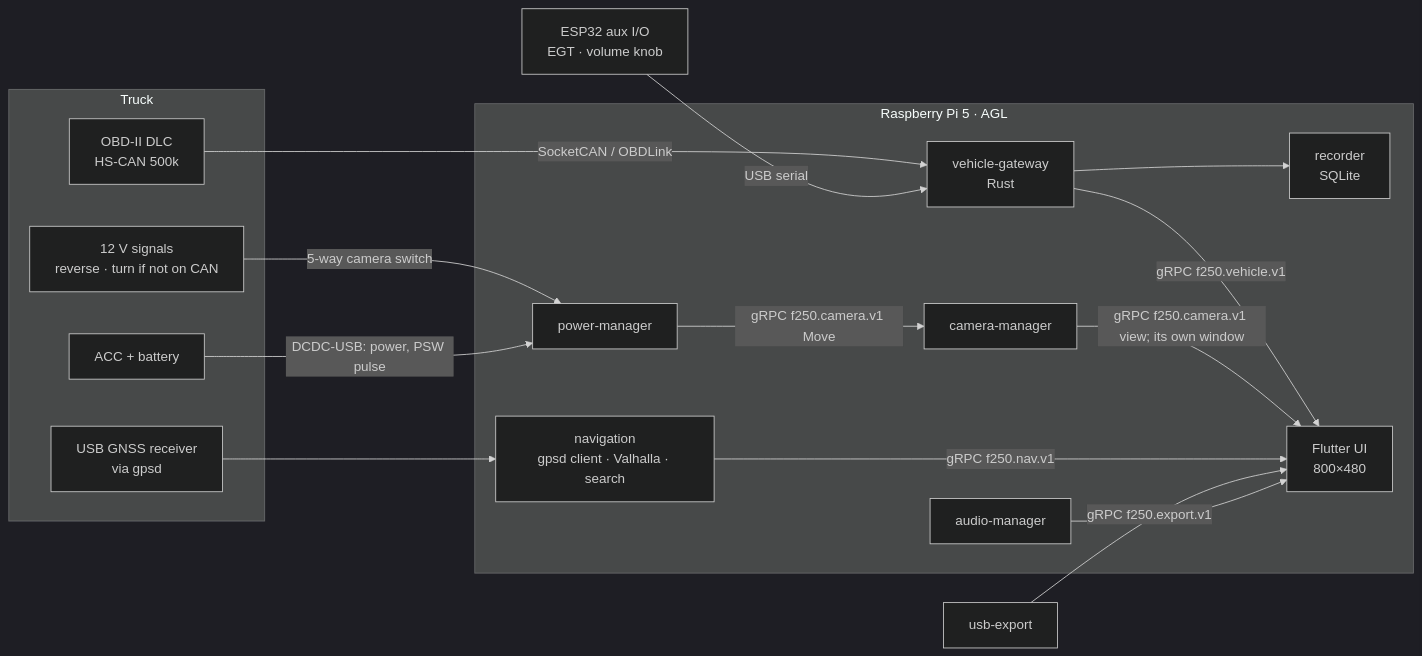
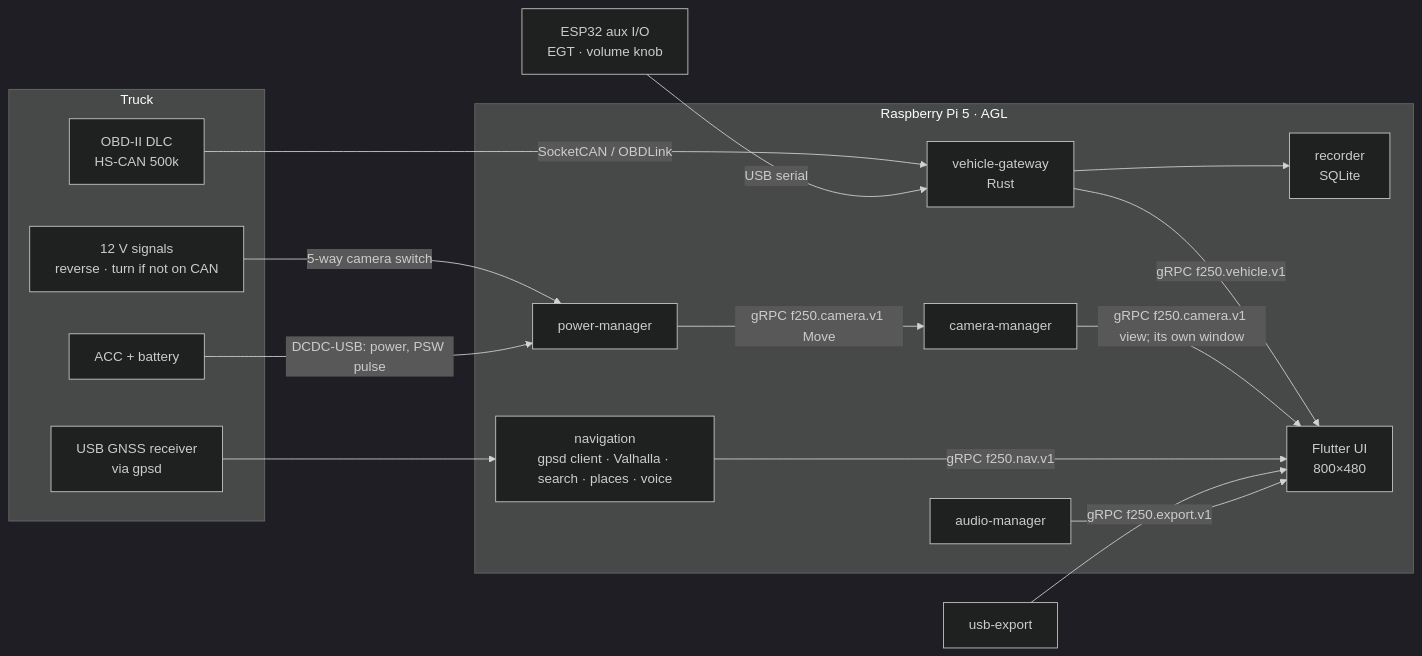
One commit to darickc/TruckDashboard changed the diagram in README.md. Above: the diagram before and after it, drawn with Mermaid (dark theme). The commit also changed other lines of this file and 7 other files, not shown here.

Commit message:
docs: ADR-0040 saved places and spoken directions; roadmap, maps guide, bench check 21, TTS research

````diff
--- a/README.md
+++ b/README.md
@@ -68,30 +68,30 @@
 ```mermaid
 flowchart LR
   subgraph Truck
     DLC[OBD-II DLC<br/>HS-CAN 500k]
     IN[12 V signals<br/>reverse · turn if not on CAN]
     ACC[ACC + battery]
     GNSS[USB GNSS receiver<br/>via gpsd]
   end
   subgraph Pi5[Raspberry Pi 5 · AGL]
     GW[vehicle-gateway<br/>Rust]
     REC[recorder<br/>SQLite]
     PWR[power-manager]
     CAM[camera-manager]
-    NAV[navigation<br/>gpsd client · Valhalla · search]
+    NAV[navigation<br/>gpsd client · Valhalla · search · places · voice]
     AUD[audio-manager]
     UI[Flutter UI<br/>800×480]
   end
   DLC -- SocketCAN / OBDLink --> GW
   IN -- 5-way camera switch --> PWR
   ACC -- DCDC-USB: power, PSW pulse --> PWR
   GW -- gRPC f250.vehicle.v1 --> UI
   GW --> REC
   PWR -- gRPC f250.camera.v1 Move --> CAM
   CAM -- gRPC f250.camera.v1 view; its own window --> UI
   GNSS --> NAV
   NAV -- gRPC f250.nav.v1 --> UI
   USB[usb-export] -- gRPC f250.export.v1 --> UI
   AUD --> UI
   ESP[ESP32 aux I/O<br/>EGT · volume knob] -- USB serial --> GW
 ```
````
